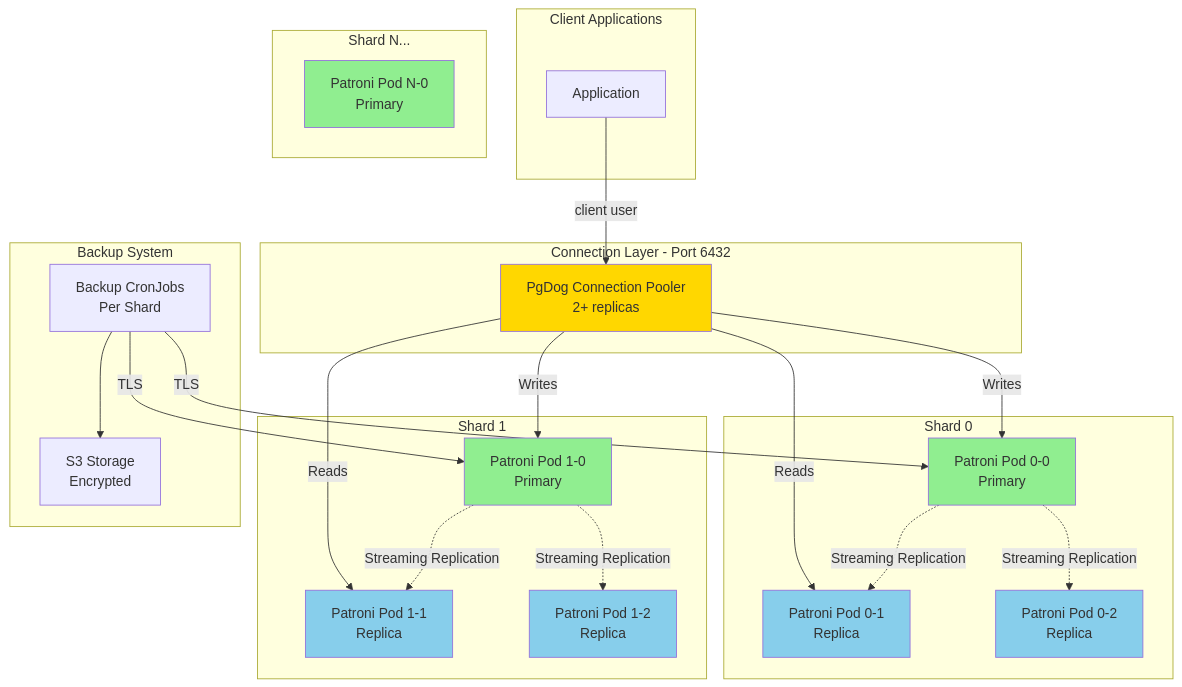
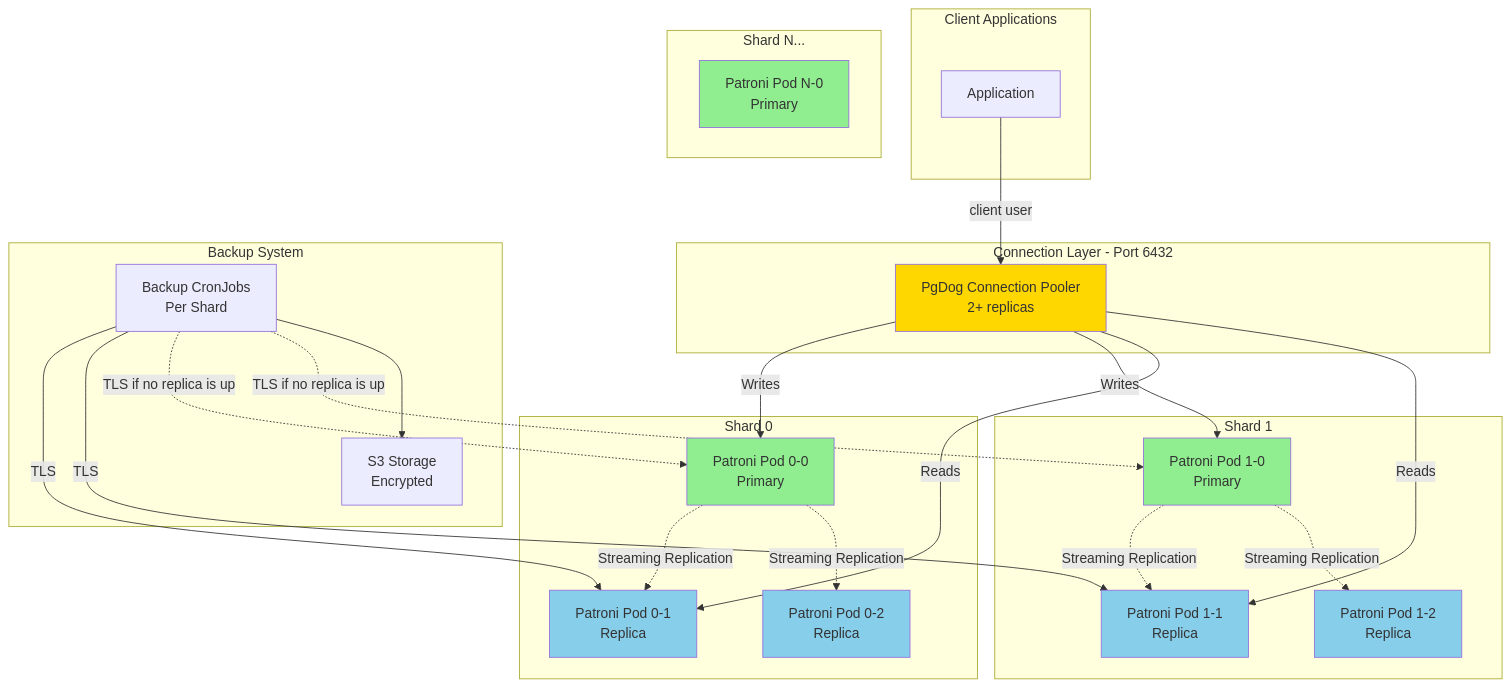
Before and after one commit to Pandoks/pandoks.com: the diagram in packages/postgres/README.md, drawn with Mermaid. The commit also changed other lines of this file and 5 other files, not shown here.

````diff
--- a/packages/postgres/README.md
+++ b/packages/postgres/README.md
@@ -8,55 +8,57 @@
 ```mermaid
 graph TB
     subgraph "Client Applications"
         App[Application]
     end
 
     subgraph "Connection Layer - Port 6432"
         PgDog[PgDog Connection Pooler<br/>2+ replicas]
     end
 
     subgraph "Shard 0"
         S0P[Patroni Pod 0-0<br/>Primary]
         S0R1[Patroni Pod 0-1<br/>Replica]
         S0R2[Patroni Pod 0-2<br/>Replica]
     end
 
     subgraph "Shard 1"
         S1P[Patroni Pod 1-0<br/>Primary]
         S1R1[Patroni Pod 1-1<br/>Replica]
         S1R2[Patroni Pod 1-2<br/>Replica]
     end
 
     subgraph "Shard N..."
         SNP[Patroni Pod N-0<br/>Primary]
     end
 
     subgraph "Backup System"
         BackupJobs[Backup CronJobs<br/>Per Shard]
         S3[S3 Storage<br/>Encrypted]
     end
 
     App -->|client user| PgDog
     PgDog -->|Writes| S0P
     PgDog -->|Writes| S1P
     PgDog -->|Reads| S0R1
     PgDog -->|Reads| S1R1
 
     S0P -.->|Streaming Replication| S0R1
     S0P -.->|Streaming Replication| S0R2
     S1P -.->|Streaming Replication| S1R1
     S1P -.->|Streaming Replication| S1R2
 
-    BackupJobs -->|TLS| S0P
-    BackupJobs -->|TLS| S1P
+    BackupJobs -->|TLS| S0R1
+    BackupJobs -->|TLS| S1R1
+    BackupJobs -.->|TLS if no replica is up| S0P
+    BackupJobs -.->|TLS if no replica is up| S1P
     BackupJobs --> S3
 
     style S0P fill:#90EE90
     style S1P fill:#90EE90
     style SNP fill:#90EE90
     style S0R1 fill:#87CEEB
     style S0R2 fill:#87CEEB
     style S1R1 fill:#87CEEB
     style S1R2 fill:#87CEEB
     style PgDog fill:#FFD700
 ```
````
